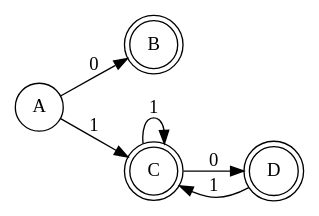
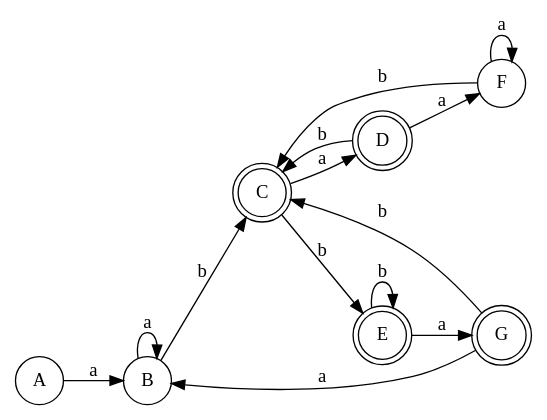
Before and after one commit to SafarovT/auto: the diagram in lw2/x64/Debug/output.dot, drawn with Graphviz. The commit also changed 11 other files, not shown here.

```diff
--- a/lw2/x64/Debug/output.dot
+++ b/lw2/x64/Debug/output.dot
@@ -1,13 +1,24 @@
 digraph DFA {
     rankdir=LR;
     node [shape = circle];
     A [shape=circle];
-    B [shape=doublecircle];
+    B [shape=circle];
     C [shape=doublecircle];
     D [shape=doublecircle];
-    A -> B [label="0"];
-    A -> C [label="1"];
-    C -> D [label="0"];
-    C -> C [label="1"];
-    D -> C [label="1"];
+    E [shape=doublecircle];
+    F [shape=circle];
+    G [shape=doublecircle];
+    A -> B [label="a"];
+    B -> B [label="a"];
+    B -> C [label="b"];
+    C -> D [label="a"];
+    C -> E [label="b"];
+    D -> F [label="a"];
+    D -> C [label="b"];
+    E -> G [label="a"];
+    E -> E [label="b"];
+    F -> F [label="a"];
+    F -> C [label="b"];
+    G -> B [label="a"];
+    G -> C [label="b"];
 }
```
